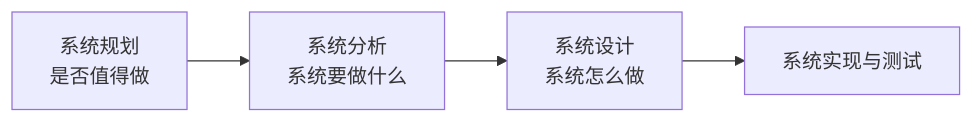
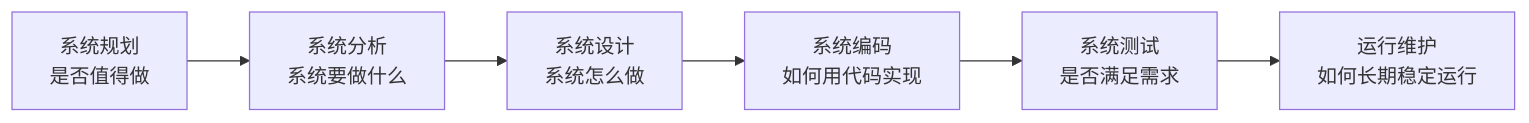
One commit to Kwicxy/kwicxy.github.io changed the first of 4 diagrams in source/_posts/management/IS-analysis/ISA-4.md. Above: the diagram before and after it, drawn with Mermaid. The commit also changed other lines of this file and 3 other files, not shown here.

````diff
--- a/source/_posts/management/IS-analysis/ISA-4.md
+++ b/source/_posts/management/IS-analysis/ISA-4.md
@@ -23,6 +26,8 @@
 ```mermaid
 flowchart LR
     A[系统规划<br/>是否值得做] --> B[系统分析<br/>系统要做什么]
     B --> C[系统设计<br/>系统怎么做]
-    C --> D[系统实现与测试]
+    C --> D[系统编码<br/>如何用代码实现]
+    D --> E[系统测试<br/>是否满足需求]
+    E --> F[运行维护<br/>如何长期稳定运行]
 ```
````
